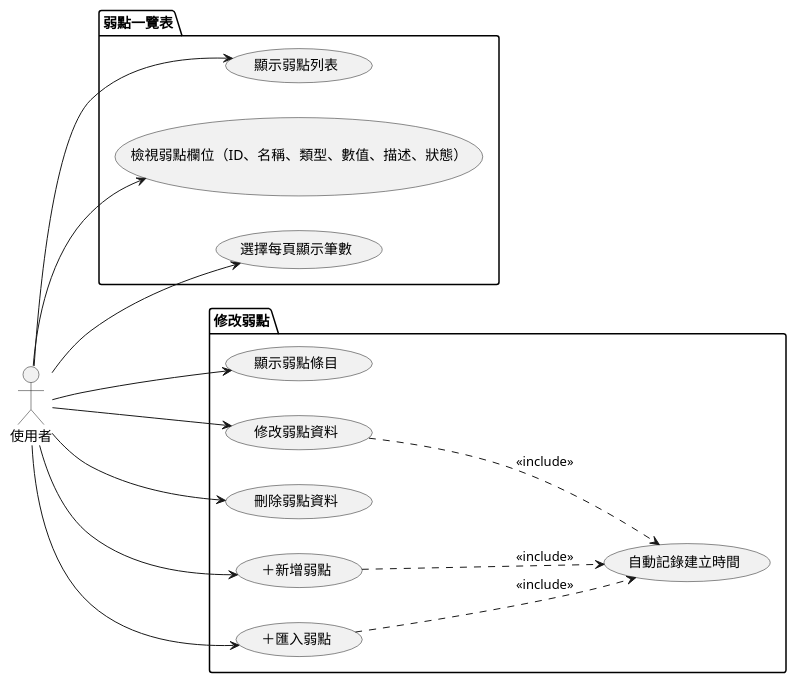
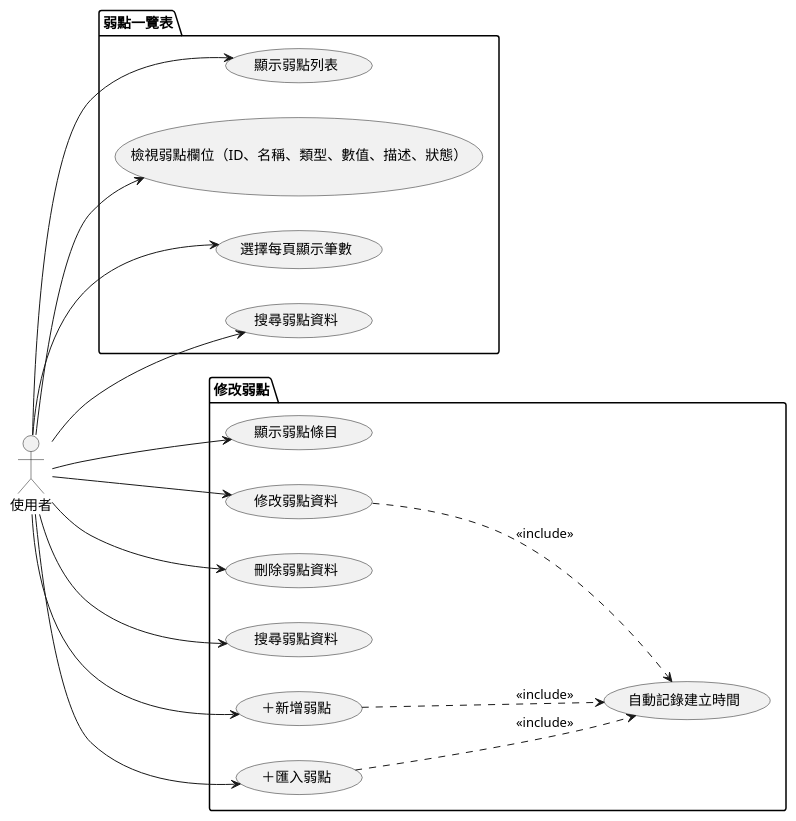
One commit to walle45611/NTUB_SecuManag_Diagram changed the diagram in mermaid/use_case/vulnerability_overview&edit.puml. Above: the diagram before and after it, drawn with PlantUML. The commit also changed 6 other files, not shown here.

```diff
--- a/mermaid/use_case/vulnerability_overview&edit.puml
+++ b/mermaid/use_case/vulnerability_overview&edit.puml
@@ -1,35 +1,39 @@
 @startuml
 
 left to right direction
 
 actor 使用者
 
 package "弱點一覽表" {
     usecase "顯示弱點列表" as UC1
     usecase "檢視弱點欄位（ID、名稱、類型、數值、描述、狀態）" as UC2
     usecase "選擇每頁顯示筆數" as UC3
+    usecase "搜尋弱點資料" as UC4
 }
 
 package "修改弱點" {
-    usecase "顯示弱點條目" as UC4
-    usecase "修改弱點資料" as UC5
-    usecase "刪除弱點資料" as UC6
-    usecase "＋新增弱點" as UC7
-    usecase "＋匯入弱點" as UC8
-    usecase "自動記錄建立時間" as UC9
+    usecase "顯示弱點條目" as UC5
+    usecase "修改弱點資料" as UC6
+    usecase "刪除弱點資料" as UC7
+    usecase "搜尋弱點資料" as UC8
+    usecase "＋新增弱點" as UC9
+    usecase "＋匯入弱點" as UC10
+    usecase "自動記錄建立時間" as UC11
 }
 
-UC5 .down.> UC9 : <<include>>
-UC7 .down.> UC9 : <<include>>
-UC8 .down.> UC9 : <<include>>
+UC6 .down.> UC11 : <<include>>
+UC9 .down.> UC11 : <<include>>
+UC10 .down.> UC11 : <<include>>
 
 使用者 --> UC1
 使用者 --> UC2
 使用者 --> UC3
 使用者 --> UC4
 使用者 --> UC5
 使用者 --> UC6
 使用者 --> UC7
 使用者 --> UC8
+使用者 --> UC9
+使用者 --> UC10
 
 @enduml
```
